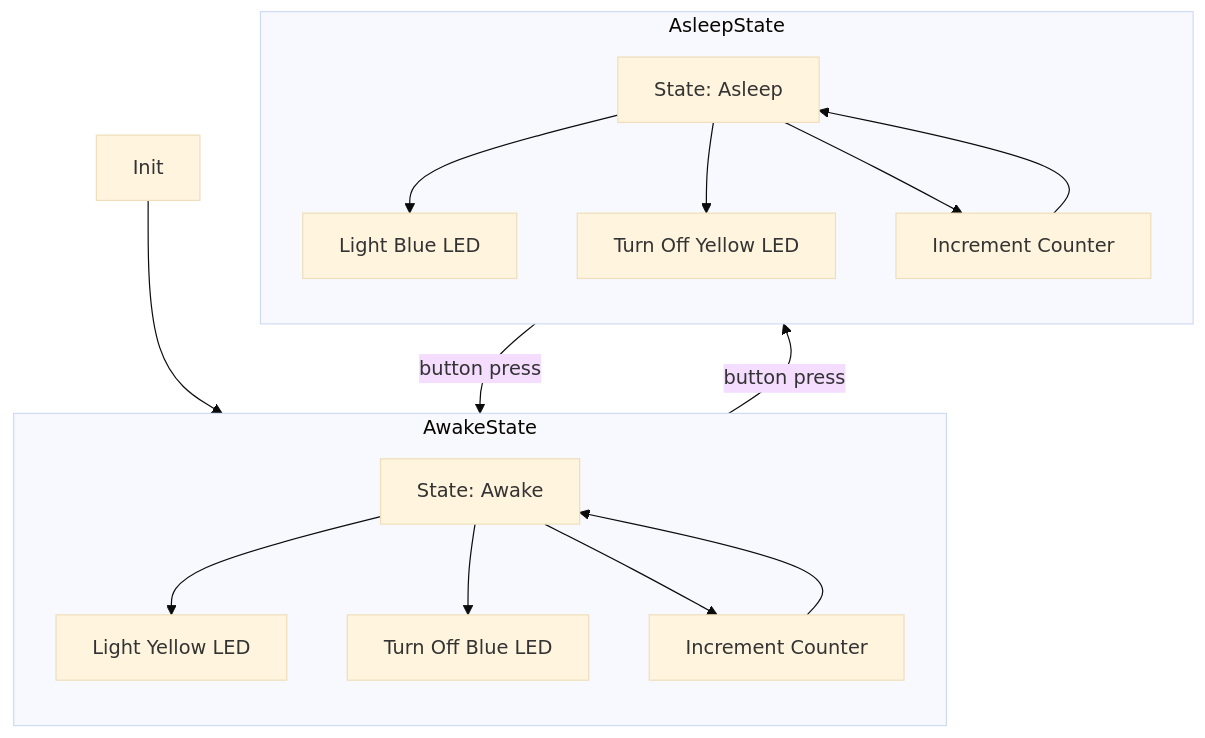
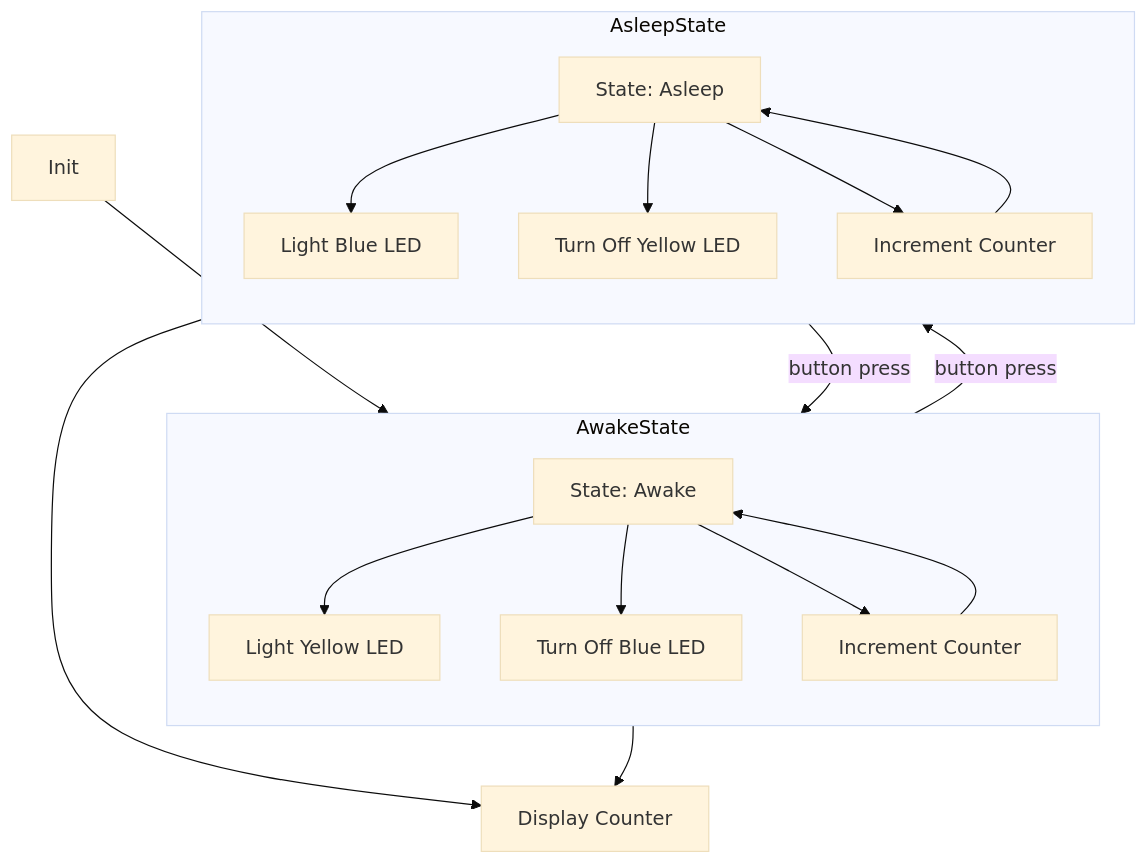
One commit to BKell-Dog/DreamTimer changed the second of 2 diagrams in DreamTimer/README.md. Above: the diagram before and after it, drawn with Mermaid (base theme).

````diff
--- a/DreamTimer/README.md
+++ b/DreamTimer/README.md
@@ -56,34 +56,39 @@
 ```mermaid
 graph TD
     Init --> Awake
 
     Awake -->|button press| Asleep
     Asleep -->|button press| Awake
 
     subgraph AwakeState
         direction TB
         Awake --> LightYellowLED
         Awake --> OffBlueLED
         Awake --> IncrementAwake
         IncrementAwake --> Awake
     end
 
     subgraph AsleepState
         direction TB
         Asleep --> LightBlueLED
         Asleep --> OffYellowLED
         Asleep --> IncrementAsleep
         IncrementAsleep --> Asleep
     end
 
+    IncrementAwake --> DisplayTime
+    IncrementAsleep --> DisplayTime
+
     Awake[State: Awake]
     Asleep[State: Asleep]
 
     LightYellowLED[Light Yellow LED]
     OffBlueLED[Turn Off Blue LED]
     IncrementAwake[Increment Counter]
 
     LightBlueLED[Light Blue LED]
     OffYellowLED[Turn Off Yellow LED]
     IncrementAsleep[Increment Counter]
+
+    DisplayTime[Display Counter]
 ```
````
